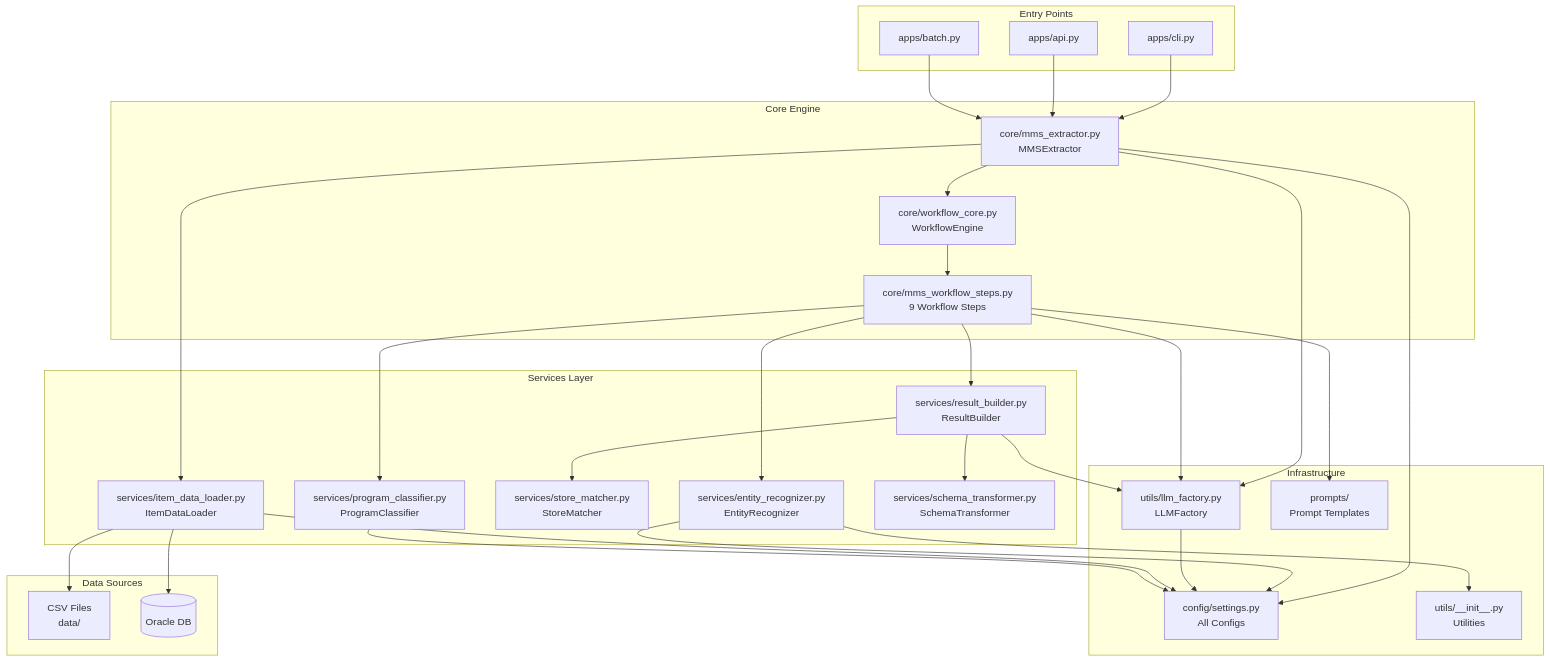
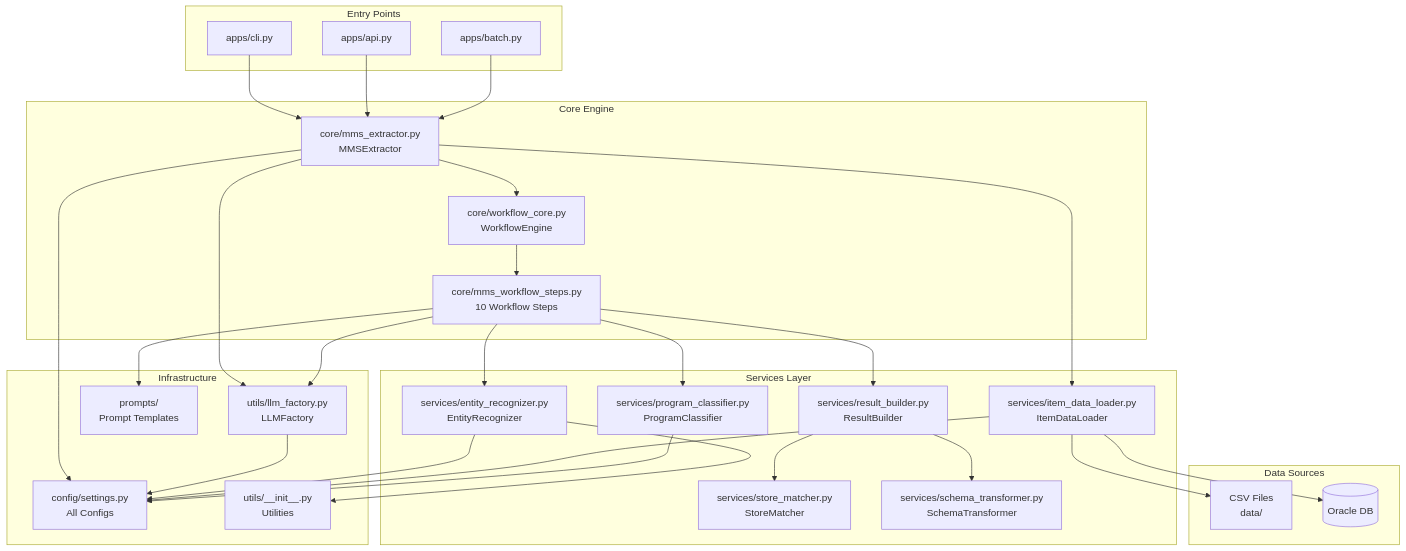
The diagram in mms_extractor_exp/docs/QUICK_REFERENCE.md (yonggoghi/AgenticWorkflow), drawn with Mermaid before and after one commit. The commit also changed other lines of this file and 6 other files, not shown here.

````diff
--- a/mms_extractor_exp/docs/QUICK_REFERENCE.md
+++ b/mms_extractor_exp/docs/QUICK_REFERENCE.md
@@ -53,68 +54,67 @@
 ```mermaid
 graph TB
     subgraph "Entry Points"
         CLI[apps/cli.py]
         API[apps/api.py]
         BATCH[apps/batch.py]
     end
     
     subgraph "Core Engine"
         MMSExtractor[core/mms_extractor.py<br/>MMSExtractor]
         WorkflowEngine[core/workflow_core.py<br/>WorkflowEngine]
-        WorkflowSteps[core/mms_workflow_steps.py<br/>9 Workflow Steps]
+        WorkflowSteps[core/mms_workflow_steps.py<br/>10 Workflow Steps]
     end
     
     subgraph "Services Layer"
         EntityRecognizer[services/entity_recognizer.py<br/>EntityRecognizer]
         ResultBuilder[services/result_builder.py<br/>ResultBuilder]
         ProgramClassifier[services/program_classifier.py<br/>ProgramClassifier]
         StoreMatcher[services/store_matcher.py<br/>StoreMatcher]
         ItemDataLoader[services/item_data_loader.py<br/>ItemDataLoader]
         SchemaTransformer[services/schema_transformer.py<br/>SchemaTransformer]
     end
     
     subgraph "Infrastructure"
         LLMFactory[utils/llm_factory.py<br/>LLMFactory]
         Config[config/settings.py<br/>All Configs]
         Prompts[prompts/<br/>Prompt Templates]
         Utils[utils/__init__.py<br/>Utilities]
     end
     
     subgraph "Data Sources"
         CSV[CSV Files<br/>data/]
         DB[(Oracle DB)]
     end
     
     CLI --> MMSExtractor
     API --> MMSExtractor
     BATCH --> MMSExtractor
     
     MMSExtractor --> WorkflowEngine
     MMSExtractor --> ItemDataLoader
     MMSExtractor --> LLMFactory
     MMSExtractor --> Config
     
     WorkflowEngine --> WorkflowSteps
     
     WorkflowSteps --> EntityRecognizer
     WorkflowSteps --> ProgramClassifier
     WorkflowSteps --> ResultBuilder
     
     EntityRecognizer --> Utils
     EntityRecognizer --> Config
     
     ResultBuilder --> StoreMatcher
     ResultBuilder --> SchemaTransformer
-    ResultBuilder --> LLMFactory
     
     LLMFactory --> Config
     
     WorkflowSteps --> Prompts
     WorkflowSteps --> LLMFactory
     
     ItemDataLoader --> CSV
     ItemDataLoader --> DB
     ItemDataLoader --> Config
     
     ProgramClassifier --> Config
 ```
````
